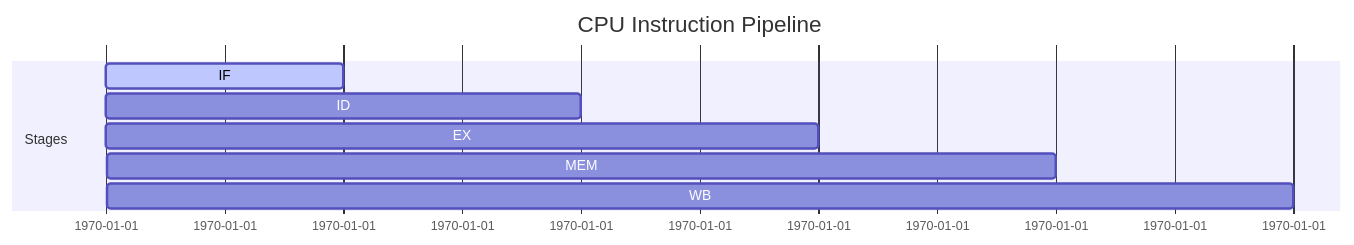
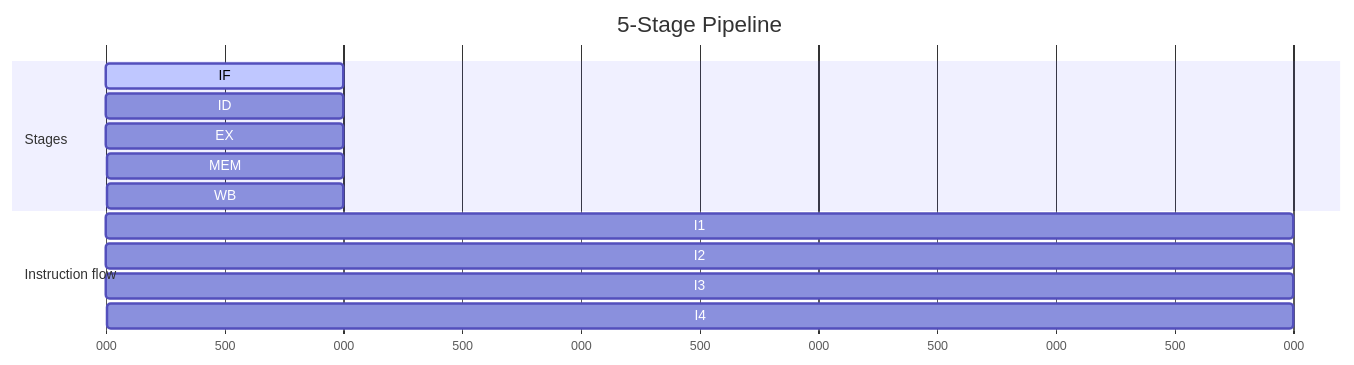
One commit to jaysalw/csref.dev changed the ninth of 10 diagrams in docs/level-4/computing-skills/computer-systems-and-architecture.md. Above: the diagram before and after it, drawn with Mermaid. The commit also changed other lines of this file and 1 other file, not shown here.

Commit message:
fix: update Computer Architectures documentation with extended notes and diagrams for various architectures

````diff
--- a/docs/level-4/computing-skills/computer-systems-and-architecture.md
+++ b/docs/level-4/computing-skills/computer-systems-and-architecture.md
@@ -185,11 +216,17 @@
 ```mermaid
 gantt
-    dateFormat  X
-    title CPU Instruction Pipeline
-    section Stages
-    IF :active, 0, 1
-    ID : 1, 2
-    EX : 2, 3
-    MEM : 3, 4
-    WB : 4, 5
+  dateFormat X
+  title 5-Stage Pipeline
+  axisFormat %L
+  section Stages
+  IF :active, 0, 1
+  ID : 1, 1
+  EX : 2, 1
+  MEM: 3, 1
+  WB : 4, 1
+  section Instruction flow
+  I1  : 0, 5
+  I2  : 1, 5
+  I3  : 2, 5
+  I4  : 3, 5
 ```
````
